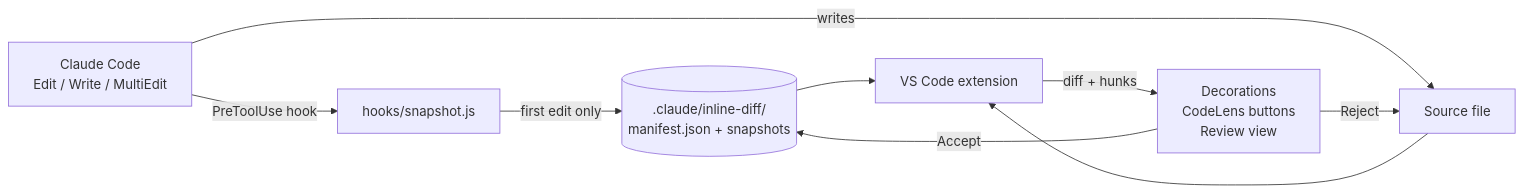
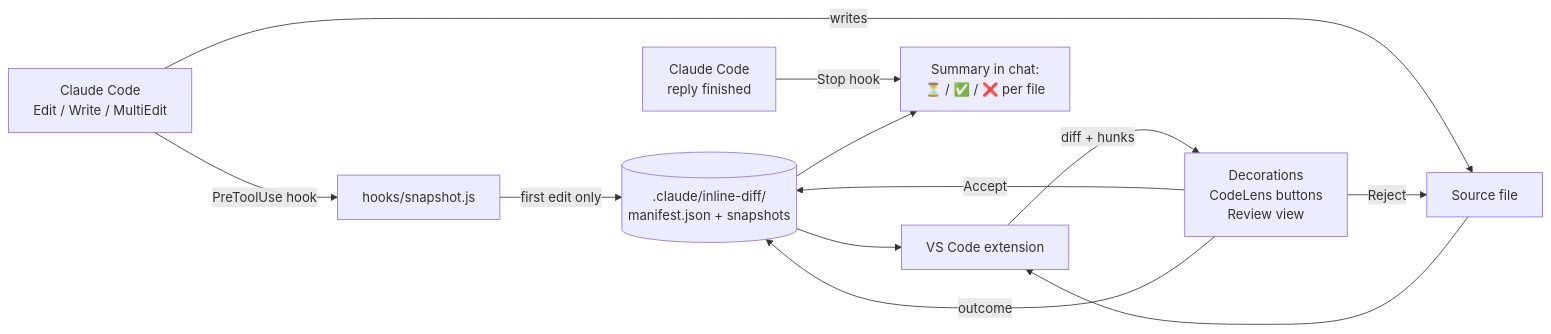
One commit to jaafar-shiha/claude-inline-diff changed the diagram in README.md. Above: the diagram before and after it, drawn with Mermaid. The commit also changed other lines of this file and 8 other files, not shown here.

First line of the commit message:
Add end-of-reply checklist of edited files to the Claude chat

````diff
--- a/README.md
+++ b/README.md
@@ -27,11 +36,14 @@
 ```mermaid
 flowchart LR
     A[Claude Code<br/>Edit / Write / MultiEdit] -->|PreToolUse hook| B[hooks/snapshot.js]
     B -->|first edit only| C[(.claude/inline-diff/<br/>manifest.json + snapshots)]
     A -->|writes| D[Source file]
     C --> E[VS Code extension]
     D --> E
     E -->|diff + hunks| F[Decorations<br/>CodeLens buttons<br/>Review view]
     F -->|Accept| C
     F -->|Reject| D
+    F -->|outcome| C
+    G[Claude Code<br/>reply finished] -->|Stop hook| H[Summary in chat:<br/>⏳ / ✅ / ❌ per file]
+    C --> H
 ```
````
